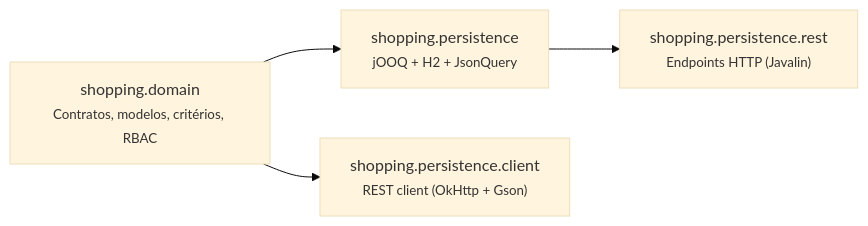
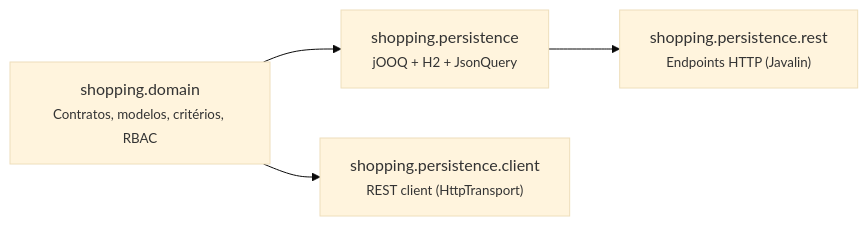
One commit to mrcdom/wdc-cube-java-v2 changed the second of 5 diagrams in docs/camada-de-dados.md. Above: the diagram before and after it, drawn with Mermaid (base theme). The commit also changed other lines of this file, not shown here.

First line of the commit message:
📝 [DOCS] camada-de-dados: a seção do persistence.client descrevia código que não existe

````diff
--- a/docs/camada-de-dados.md
+++ b/docs/camada-de-dados.md
@@ -64,11 +64,11 @@
 ```mermaid
 graph LR
     domain["shopping.domain<br/><small>Contratos, modelos, critérios, RBAC</small>"]
     persistence["shopping.persistence<br/><small>jOOQ + H2 + JsonQuery</small>"]
     rest["shopping.persistence.rest<br/><small>Endpoints HTTP (Javalin)</small>"]
-    client["shopping.persistence.client<br/><small>REST client (OkHttp + Gson)</small>"]
+    client["shopping.persistence.client<br/><small>REST client (HttpTransport)</small>"]
 
     domain --> persistence
     domain --> client
     persistence --> rest
 ```
````
